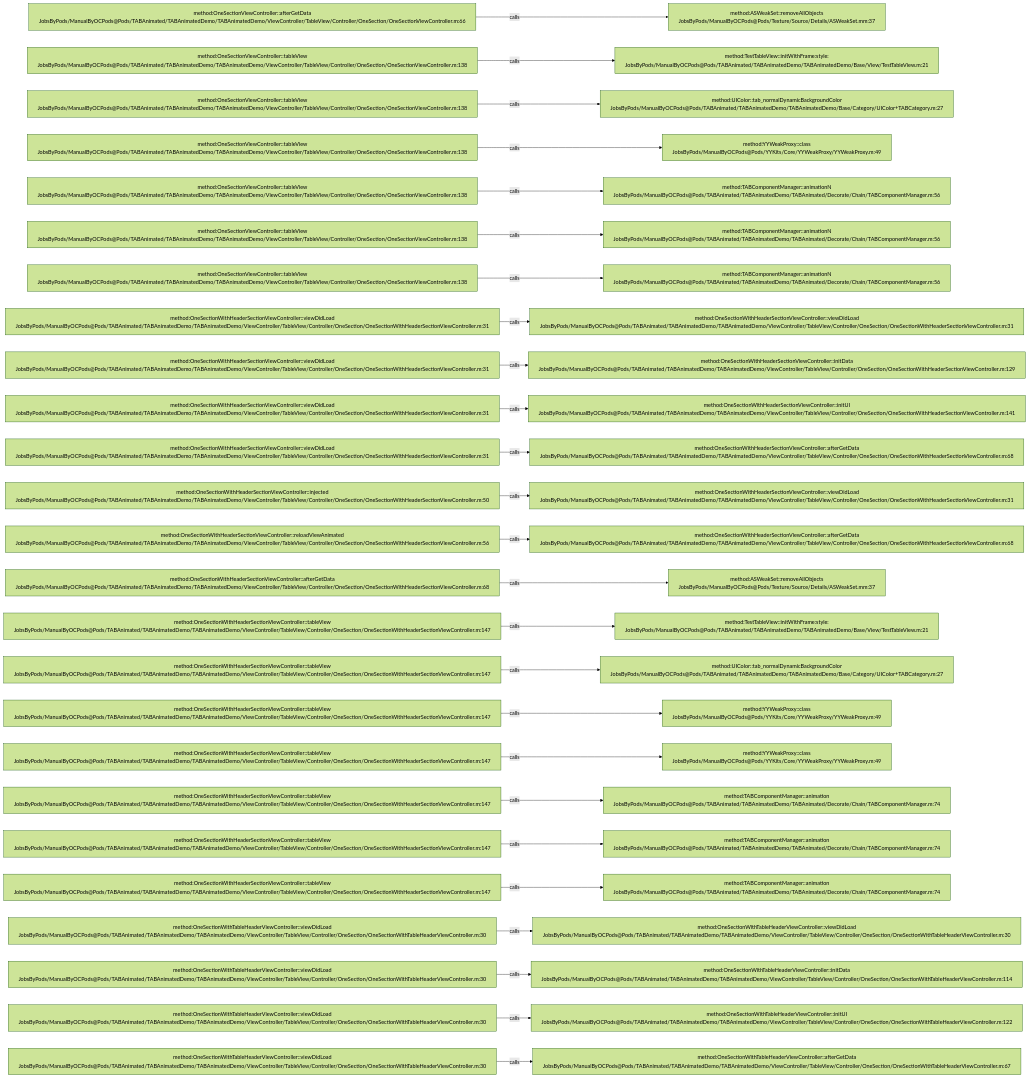
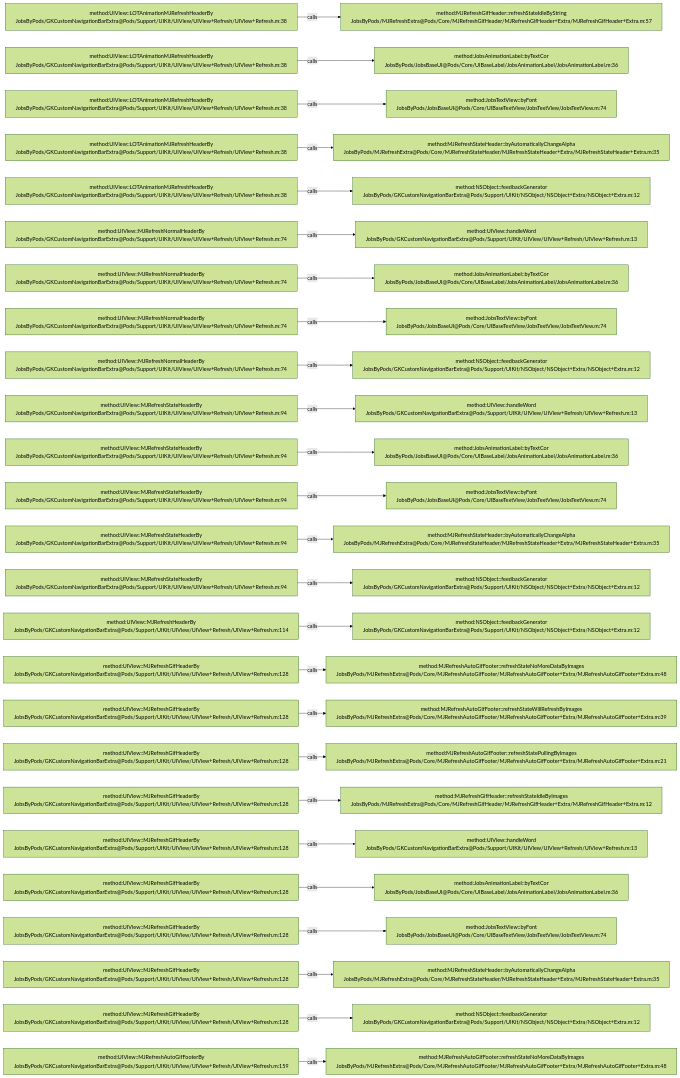
The diagram in .codegraph/codegraph.md/graphs/calls-043.md (JobsKits/JobsOCBaseConfigDemo), drawn with Mermaid (forest theme) before and after one commit. The commit also changed 768 other files, not shown here.

````diff
--- a/.codegraph/codegraph.md/graphs/calls-043.md
+++ b/.codegraph/codegraph.md/graphs/calls-043.md
@@ -13,78 +13,78 @@
 ```mermaid
 flowchart LR
-  S1["method:OneSectionViewController::afterGetData<br/>JobsByPods/ManualByOCPods@Pods/TABAnimated/TABAnimatedDemo/TABAnimatedDemo/ViewController/TableView/Controller/OneSection/OneSectionViewController.m:66"]
-  T1["method:ASWeakSet::removeAllObjects<br/>JobsByPods/ManualByOCPods@Pods/Texture/Source/Details/ASWeakSet.mm:37"]
+  S1["method:UIView::LOTAnimationMJRefreshHeaderBy<br/>JobsByPods/GKCustomNavigationBarExtra@Pods/Support/UIKit/UIView/UIView+Refresh/UIView+Refresh.m:38"]
+  T1["method:MJRefreshGifHeader::refreshStateIdleByString<br/>JobsByPods/MJRefreshExtra@Pods/Core/MJRefreshGifHeader/MJRefreshGifHeader+Extra/MJRefreshGifHeader+Extra.m:57"]
   S1 -->|calls| T1
-  S2["method:OneSectionViewController::tableView<br/>JobsByPods/ManualByOCPods@Pods/TABAnimated/TABAnimatedDemo/TABAnimatedDemo/ViewController/TableView/Controller/OneSection/OneSectionViewController.m:138"]
-  T2["method:TestTableView::initWithFrame:style:<br/>JobsByPods/ManualByOCPods@Pods/TABAnimated/TABAnimatedDemo/TABAnimatedDemo/Base/View/TestTableView.m:21"]
+  S2["method:UIView::LOTAnimationMJRefreshHeaderBy<br/>JobsByPods/GKCustomNavigationBarExtra@Pods/Support/UIKit/UIView/UIView+Refresh/UIView+Refresh.m:38"]
+  T2["method:JobsAnimationLabel::byTextCor<br/>JobsByPods/JobsBaseUI@Pods/Core/UIBaseLabel/JobsAnimationLabel/JobsAnimationLabel.m:36"]
   S2 -->|calls| T2
-  S3["method:OneSectionViewController::tableView<br/>JobsByPods/ManualByOCPods@Pods/TABAnimated/TABAnimatedDemo/TABAnimatedDemo/ViewController/TableView/Controller/OneSection/OneSectionViewController.m:138"]
-  T3["method:UIColor::tab_normalDynamicBackgroundColor<br/>JobsByPods/ManualByOCPods@Pods/TABAnimated/TABAnimatedDemo/TABAnimatedDemo/Base/Category/UIColor+TABCategory.m:27"]
+  S3["method:UIView::LOTAnimationMJRefreshHeaderBy<br/>JobsByPods/GKCustomNavigationBarExtra@Pods/Support/UIKit/UIView/UIView+Refresh/UIView+Refresh.m:38"]
+  T3["method:JobsTextView::byFont<br/>JobsByPods/JobsBaseUI@Pods/Core/UIBaseTextView/JobsTextView/JobsTextView.m:74"]
   S3 -->|calls| T3
-  S4["method:OneSectionViewController::tableView<br/>JobsByPods/ManualByOCPods@Pods/TABAnimated/TABAnimatedDemo/TABAnimatedDemo/ViewController/TableView/Controller/OneSection/OneSectionViewController.m:138"]
-  T4["method:YYWeakProxy::class<br/>JobsByPods/ManualByOCPods@Pods/YYKits/Core/YYWeakProxy/YYWeakProxy.m:49"]
+  S4["method:UIView::LOTAnimationMJRefreshHeaderBy<br/>JobsByPods/GKCustomNavigationBarExtra@Pods/Support/UIKit/UIView/UIView+Refresh/UIView+Refresh.m:38"]
+  T4["method:MJRefreshStateHeader::byAutomaticallyChangeAlpha<br/>JobsByPods/MJRefreshExtra@Pods/Core/MJRefreshStateHeader/MJRefreshStateHeader+Extra/MJRefreshStateHeader+Extra.m:35"]
   S4 -->|calls| T4
-  S5["method:OneSectionViewController::tableView<br/>JobsByPods/ManualByOCPods@Pods/TABAnimated/TABAnimatedDemo/TABAnimatedDemo/ViewController/TableView/Controller/OneSection/OneSectionViewController.m:138"]
-  T5["method:TABComponentManager::animationN<br/>JobsByPods/ManualByOCPods@Pods/TABAnimated/TABAnimatedDemo/TABAnimated/Decorate/Chain/TABComponentManager.m:56"]
+  S5["method:UIView::LOTAnimationMJRefreshHeaderBy<br/>JobsByPods/GKCustomNavigationBarExtra@Pods/Support/UIKit/UIView/UIView+Refresh/UIView+Refresh.m:38"]
+  T5["method:NSObject::feedbackGenerator<br/>JobsByPods/GKCustomNavigationBarExtra@Pods/Support/UIKit/NSObject/NSObject+Extra/NSObject+Extra.m:12"]
   S5 -->|calls| T5
-  S6["method:OneSectionViewController::tableView<br/>JobsByPods/ManualByOCPods@Pods/TABAnimated/TABAnimatedDemo/TABAnimatedDemo/ViewController/TableView/Controller/OneSection/OneSectionViewController.m:138"]
-  T6["method:TABComponentManager::animationN<br/>JobsByPods/ManualByOCPods@Pods/TABAnimated/TABAnimatedDemo/TABAnimated/Decorate/Chain/TABComponentManager.m:56"]
+  S6["method:UIView::MJRefreshNormalHeaderBy<br/>JobsByPods/GKCustomNavigationBarExtra@Pods/Support/UIKit/UIView/UIView+Refresh/UIView+Refresh.m:74"]
+  T6["method:UIView::handleWord<br/>JobsByPods/GKCustomNavigationBarExtra@Pods/Support/UIKit/UIView/UIView+Refresh/UIView+Refresh.m:13"]
   S6 -->|calls| T6
-  S7["method:OneSectionViewController::tableView<br/>JobsByPods/ManualByOCPods@Pods/TABAnimated/TABAnimatedDemo/TABAnimatedDemo/ViewController/TableView/Controller/OneSection/OneSectionViewController.m:138"]
-  T7["method:TABComponentManager::animationN<br/>JobsByPods/ManualByOCPods@Pods/TABAnimated/TABAnimatedDemo/TABAnimated/Decorate/Chain/TABComponentManager.m:56"]
+  S7["method:UIView::MJRefreshNormalHeaderBy<br/>JobsByPods/GKCustomNavigationBarExtra@Pods/Support/UIKit/UIView/UIView+Refresh/UIView+Refresh.m:74"]
+  T7["method:JobsAnimationLabel::byTextCor<br/>JobsByPods/JobsBaseUI@Pods/Core/UIBaseLabel/JobsAnimationLabel/JobsAnimationLabel.m:36"]
   S7 -->|calls| T7
-  S8["method:OneSectionWithHeaderSectionViewController::viewDidLoad<br/>JobsByPods/ManualByOCPods@Pods/TABAnimated/TABAnimatedDemo/TABAnimatedDemo/ViewController/TableView/Controller/OneSection/OneSectionWithHeaderSectionViewController.m:31"]
-  T8["method:OneSectionWithHeaderSectionViewController::viewDidLoad<br/>JobsByPods/ManualByOCPods@Pods/TABAnimated/TABAnimatedDemo/TABAnimatedDemo/ViewController/TableView/Controller/OneSection/OneSectionWithHeaderSectionViewController.m:31"]
+  S8["method:UIView::MJRefreshNormalHeaderBy<br/>JobsByPods/GKCustomNavigationBarExtra@Pods/Support/UIKit/UIView/UIView+Refresh/UIView+Refresh.m:74"]
+  T8["method:JobsTextView::byFont<br/>JobsByPods/JobsBaseUI@Pods/Core/UIBaseTextView/JobsTextView/JobsTextView.m:74"]
   S8 -->|calls| T8
-  S9["method:OneSectionWithHeaderSectionViewController::viewDidLoad<br/>JobsByPods/ManualByOCPods@Pods/TABAnimated/TABAnimatedDemo/TABAnimatedDemo/ViewController/TableView/Controller/OneSection/OneSectionWithHeaderSectionViewController.m:31"]
-  T9["method:OneSectionWithHeaderSectionViewController::initData<br/>JobsByPods/ManualByOCPods@Pods/TABAnimated/TABAnimatedDemo/TABAnimatedDemo/ViewController/TableView/Controller/OneSection/OneSectionWithHeaderSectionViewController.m:129"]
+  S9["method:UIView::MJRefreshNormalHeaderBy<br/>JobsByPods/GKCustomNavigationBarExtra@Pods/Support/UIKit/UIView/UIView+Refresh/UIView+Refresh.m:74"]
+  T9["method:NSObject::feedbackGenerator<br/>JobsByPods/GKCustomNavigationBarExtra@Pods/Support/UIKit/NSObject/NSObject+Extra/NSObject+Extra.m:12"]
   S9 -->|calls| T9
-  S10["method:OneSectionWithHeaderSectionViewController::viewDidLoad<br/>JobsByPods/ManualByOCPods@Pods/TABAnimated/TABAnimatedDemo/TABAnimatedDemo/ViewController/TableView/Controller/OneSection/OneSectionWithHeaderSectionViewController.m:31"]
-  T10["method:OneSectionWithHeaderSectionViewController::initUI<br/>JobsByPods/ManualByOCPods@Pods/TABAnimated/TABAnimatedDemo/TABAnimatedDemo/ViewController/TableView/Controller/OneSection/OneSectionWithHeaderSectionViewController.m:141"]
+  S10["method:UIView::MJRefreshStateHeaderBy<br/>JobsByPods/GKCustomNavigationBarExtra@Pods/Support/UIKit/UIView/UIView+Refresh/UIView+Refresh.m:94"]
+  T10["method:UIView::handleWord<br/>JobsByPods/GKCustomNavigationBarExtra@Pods/Support/UIKit/UIView/UIView+Refresh/UIView+Refresh.m:13"]
   S10 -->|calls| T10
-  S11["method:OneSectionWithHeaderSectionViewController::viewDidLoad<br/>JobsByPods/ManualByOCPods@Pods/TABAnimated/TABAnimatedDemo/TABAnimatedDemo/ViewController/TableView/Controller/OneSection/OneSectionWithHeaderSectionViewController.m:31"]
-  T11["method:OneSectionWithHeaderSectionViewController::afterGetData<br/>JobsByPods/ManualByOCPods@Pods/TABAnimated/TABAnimatedDemo/TABAnimatedDemo/ViewController/TableView/Controller/OneSection/OneSectionWithHeaderSectionViewController.m:68"]
+  S11["method:UIView::MJRefreshStateHeaderBy<br/>JobsByPods/GKCustomNavigationBarExtra@Pods/Support/UIKit/UIView/UIView+Refresh/UIView+Refresh.m:94"]
+  T11["method:JobsAnimationLabel::byTextCor<br/>JobsByPods/JobsBaseUI@Pods/Core/UIBaseLabel/JobsAnimationLabel/JobsAnimationLabel.m:36"]
   S11 -->|calls| T11
-  S12["method:OneSectionWithHeaderSectionViewController::injected<br/>JobsByPods/ManualByOCPods@Pods/TABAnimated/TABAnimatedDemo/TABAnimatedDemo/ViewController/TableView/Controller/OneSection/OneSectionWithHeaderSectionViewController.m:50"]
-  T12["method:OneSectionWithHeaderSectionViewController::viewDidLoad<br/>JobsByPods/ManualByOCPods@Pods/TABAnimated/TABAnimatedDemo/TABAnimatedDemo/ViewController/TableView/Controller/OneSection/OneSectionWithHeaderSectionViewController.m:31"]
+  S12["method:UIView::MJRefreshStateHeaderBy<br/>JobsByPods/GKCustomNavigationBarExtra@Pods/Support/UIKit/UIView/UIView+Refresh/UIView+Refresh.m:94"]
+  T12["method:JobsTextView::byFont<br/>JobsByPods/JobsBaseUI@Pods/Core/UIBaseTextView/JobsTextView/JobsTextView.m:74"]
   S12 -->|calls| T12
-  S13["method:OneSectionWithHeaderSectionViewController::reloadViewAnimated<br/>JobsByPods/ManualByOCPods@Pods/TABAnimated/TABAnimatedDemo/TABAnimatedDemo/ViewController/TableView/Controller/OneSection/OneSectionWithHeaderSectionViewController.m:56"]
-  T13["method:OneSectionWithHeaderSectionViewController::afterGetData<br/>JobsByPods/ManualByOCPods@Pods/TABAnimated/TABAnimatedDemo/TABAnimatedDemo/ViewController/TableView/Controller/OneSection/OneSectionWithHeaderSectionViewController.m:68"]
+  S13["method:UIView::MJRefreshStateHeaderBy<br/>JobsByPods/GKCustomNavigationBarExtra@Pods/Support/UIKit/UIView/UIView+Refresh/UIView+Refresh.m:94"]
+  T13["method:MJRefreshStateHeader::byAutomaticallyChangeAlpha<br/>JobsByPods/MJRefreshExtra@Pods/Core/MJRefreshStateHeader/MJRefreshStateHeader+Extra/MJRefreshStateHeader+Extra.m:35"]
   S13 -->|calls| T13
-  S14["method:OneSectionWithHeaderSectionViewController::afterGetData<br/>JobsByPods/ManualByOCPods@Pods/TABAnimated/TABAnimatedDemo/TABAnimatedDemo/ViewController/TableView/Controller/OneSection/OneSectionWithHeaderSectionViewController.m:68"]
-  T14["method:ASWeakSet::removeAllObjects<br/>JobsByPods/ManualByOCPods@Pods/Texture/Source/Details/ASWeakSet.mm:37"]
+  S14["method:UIView::MJRefreshStateHeaderBy<br/>JobsByPods/GKCustomNavigationBarExtra@Pods/Support/UIKit/UIView/UIView+Refresh/UIView+Refresh.m:94"]
+  T14["method:NSObject::feedbackGenerator<br/>JobsByPods/GKCustomNavigationBarExtra@Pods/Support/UIKit/NSObject/NSObject+Extra/NSObject+Extra.m:12"]
   S14 -->|calls| T14
-  S15["method:OneSectionWithHeaderSectionViewController::tableView<br/>JobsByPods/ManualByOCPods@Pods/TABAnimated/TABAnimatedDemo/TABAnimatedDemo/ViewController/TableView/Controller/OneSection/OneSectionWithHeaderSectionViewController.m:147"]
-  T15["method:TestTableView::initWithFrame:style:<br/>JobsByPods/ManualByOCPods@Pods/TABAnimated/TABAnimatedDemo/TABAnimatedDemo/Base/View/TestTableView.m:21"]
+  S15["method:UIView::MJRefreshHeaderBy<br/>JobsByPods/GKCustomNavigationBarExtra@Pods/Support/UIKit/UIView/UIView+Refresh/UIView+Refresh.m:114"]
+  T15["method:NSObject::feedbackGenerator<br/>JobsByPods/GKCustomNavigationBarExtra@Pods/Support/UIKit/NSObject/NSObject+Extra/NSObject+Extra.m:12"]
   S15 -->|calls| T15
-  S16["method:OneSectionWithHeaderSectionViewController::tableView<br/>JobsByPods/ManualByOCPods@Pods/TABAnimated/TABAnimatedDemo/TABAnimatedDemo/ViewController/TableView/Controller/OneSection/OneSectionWithHeaderSectionViewController.m:147"]
-  T16["method:UIColor::tab_normalDynamicBackgroundColor<br/>JobsByPods/ManualByOCPods@Pods/TABAnimated/TABAnimatedDemo/TABAnimatedDemo/Base/Category/UIColor+TABCategory.m:27"]
+  S16["method:UIView::MJRefreshGifHeaderBy<br/>JobsByPods/GKCustomNavigationBarExtra@Pods/Support/UIKit/UIView/UIView+Refresh/UIView+Refresh.m:128"]
+  T16["method:MJRefreshAutoGifFooter::refreshStateNoMoreDataByImages<br/>JobsByPods/MJRefreshExtra@Pods/Core/MJRefreshAutoGifFooter/MJRefreshAutoGifFooter+Extra/MJRefreshAutoGifFooter+Extra.m:48"]
   S16 -->|calls| T16
-  S17["method:OneSectionWithHeaderSectionViewController::tableView<br/>JobsByPods/ManualByOCPods@Pods/TABAnimated/TABAnimatedDemo/TABAnimatedDemo/ViewController/TableView/Controller/OneSection/OneSectionWithHeaderSectionViewController.m:147"]
-  T17["method:YYWeakProxy::class<br/>JobsByPods/ManualByOCPods@Pods/YYKits/Core/YYWeakProxy/YYWeakProxy.m:49"]
+  S17["method:UIView::MJRefreshGifHeaderBy<br/>JobsByPods/GKCustomNavigationBarExtra@Pods/Support/UIKit/UIView/UIView+Refresh/UIView+Refresh.m:128"]
+  T17["method:MJRefreshAutoGifFooter::refreshStateWillRefreshByImages<br/>JobsByPods/MJRefreshExtra@Pods/Core/MJRefreshAutoGifFooter/MJRefreshAutoGifFooter+Extra/MJRefreshAutoGifFooter+Extra.m:39"]
   S17 -->|calls| T17
-  S18["method:OneSectionWithHeaderSectionViewController::tableView<br/>JobsByPods/ManualByOCPods@Pods/TABAnimated/TABAnimatedDemo/TABAnimatedDemo/ViewController/TableView/Controller/OneSection/OneSectionWithHeaderSectionViewController.m:147"]
-  T18["method:YYWeakProxy::class<br/>JobsByPods/ManualByOCPods@Pods/YYKits/Core/YYWeakProxy/YYWeakProxy.m:49"]
+  S18["method:UIView::MJRefreshGifHeaderBy<br/>JobsByPods/GKCustomNavigationBarExtra@Pods/Support/UIKit/UIView/UIView+Refresh/UIView+Refresh.m:128"]
+  T18["method:MJRefreshAutoGifFooter::refreshStatePullingByImages<br/>JobsByPods/MJRefreshExtra@Pods/Core/MJRefreshAutoGifFooter/MJRefreshAutoGifFooter+Extra/MJRefreshAutoGifFooter+Extra.m:21"]
   S18 -->|calls| T18
-  S19["method:OneSectionWithHeaderSectionViewController::tableView<br/>JobsByPods/ManualByOCPods@Pods/TABAnimated/TABAnimatedDemo/TABAnimatedDemo/ViewController/TableView/Controller/OneSection/OneSectionWithHeaderSectionViewController.m:147"]
-  T19["method:TABComponentManager::animation<br/>JobsByPods/ManualByOCPods@Pods/TABAnimated/TABAnimatedDemo/TABAnimated/Decorate/Chain/TABComponentManager.m:74"]
+  S19["method:UIView::MJRefreshGifHeaderBy<br/>JobsByPods/GKCustomNavigationBarExtra@Pods/Support/UIKit/UIView/UIView+Refresh/UIView+Refresh.m:128"]
+  T19["method:MJRefreshGifHeader::refreshStateIdleByImages<br/>JobsByPods/MJRefreshExtra@Pods/Core/MJRefreshGifHeader/MJRefreshGifHeader+Extra/MJRefreshGifHeader+Extra.m:12"]
   S19 -->|calls| T19
-  S20["method:OneSectionWithHeaderSectionViewController::tableView<br/>JobsByPods/ManualByOCPods@Pods/TABAnimated/TABAnimatedDemo/TABAnimatedDemo/ViewController/TableView/Controller/OneSection/OneSectionWithHeaderSectionViewController.m:147"]
-  T20["method:TABComponentManager::animation<br/>JobsByPods/ManualByOCPods@Pods/TABAnimated/TABAnimatedDemo/TABAnimated/Decorate/Chain/TABComponentManager.m:74"]
+  S20["method:UIView::MJRefreshGifHeaderBy<br/>JobsByPods/GKCustomNavigationBarExtra@Pods/Support/UIKit/UIView/UIView+Refresh/UIView+Refresh.m:128"]
+  T20["method:UIView::handleWord<br/>JobsByPods/GKCustomNavigationBarExtra@Pods/Support/UIKit/UIView/UIView+Refresh/UIView+Refresh.m:13"]
   S20 -->|calls| T20
-  S21["method:OneSectionWithHeaderSectionViewController::tableView<br/>JobsByPods/ManualByOCPods@Pods/TABAnimated/TABAnimatedDemo/TABAnimatedDemo/ViewController/TableView/Controller/OneSection/OneSectionWithHeaderSectionViewController.m:147"]
-  T21["method:TABComponentManager::animation<br/>JobsByPods/ManualByOCPods@Pods/TABAnimated/TABAnimatedDemo/TABAnimated/Decorate/Chain/TABComponentManager.m:74"]
+  S21["method:UIView::MJRefreshGifHeaderBy<br/>JobsByPods/GKCustomNavigationBarExtra@Pods/Support/UIKit/UIView/UIView+Refresh/UIView+Refresh.m:128"]
+  T21["method:JobsAnimationLabel::byTextCor<br/>JobsByPods/JobsBaseUI@Pods/Core/UIBaseLabel/JobsAnimationLabel/JobsAnimationLabel.m:36"]
   S21 -->|calls| T21
-  S22["method:OneSectionWithTableHeaderViewController::viewDidLoad<br/>JobsByPods/ManualByOCPods@Pods/TABAnimated/TABAnimatedDemo/TABAnimatedDemo/ViewController/TableView/Controller/OneSection/OneSectionWithTableHeaderViewController.m:30"]
-  T22["method:OneSectionWithTableHeaderViewController::viewDidLoad<br/>JobsByPods/ManualByOCPods@Pods/TABAnimated/TABAnimatedDemo/TABAnimatedDemo/ViewController/TableView/Controller/OneSection/OneSectionWithTableHeaderViewController.m:30"]
+  S22["method:UIView::MJRefreshGifHeaderBy<br/>JobsByPods/GKCustomNavigationBarExtra@Pods/Support/UIKit/UIView/UIView+Refresh/UIView+Refresh.m:128"]
+  T22["method:JobsTextView::byFont<br/>JobsByPods/JobsBaseUI@Pods/Core/UIBaseTextView/JobsTextView/JobsTextView.m:74"]
   S22 -->|calls| T22
-  S23["method:OneSectionWithTableHeaderViewController::viewDidLoad<br/>JobsByPods/ManualByOCPods@Pods/TABAnimated/TABAnimatedDemo/TABAnimatedDemo/ViewController/TableView/Controller/OneSection/OneSectionWithTableHeaderViewController.m:30"]
-  T23["method:OneSectionWithTableHeaderViewController::initData<br/>JobsByPods/ManualByOCPods@Pods/TABAnimated/TABAnimatedDemo/TABAnimatedDemo/ViewController/TableView/Controller/OneSection/OneSectionWithTableHeaderViewController.m:114"]
+  S23["method:UIView::MJRefreshGifHeaderBy<br/>JobsByPods/GKCustomNavigationBarExtra@Pods/Support/UIKit/UIView/UIView+Refresh/UIView+Refresh.m:128"]
+  T23["method:MJRefreshStateHeader::byAutomaticallyChangeAlpha<br/>JobsByPods/MJRefreshExtra@Pods/Core/MJRefreshStateHeader/MJRefreshStateHeader+Extra/MJRefreshStateHeader+Extra.m:35"]
   S23 -->|calls| T23
-  S24["method:OneSectionWithTableHeaderViewController::viewDidLoad<br/>JobsByPods/ManualByOCPods@Pods/TABAnimated/TABAnimatedDemo/TABAnimatedDemo/ViewController/TableView/Controller/OneSection/OneSectionWithTableHeaderViewController.m:30"]
-  T24["method:OneSectionWithTableHeaderViewController::initUI<br/>JobsByPods/ManualByOCPods@Pods/TABAnimated/TABAnimatedDemo/TABAnimatedDemo/ViewController/TableView/Controller/OneSection/OneSectionWithTableHeaderViewController.m:122"]
+  S24["method:UIView::MJRefreshGifHeaderBy<br/>JobsByPods/GKCustomNavigationBarExtra@Pods/Support/UIKit/UIView/UIView+Refresh/UIView+Refresh.m:128"]
+  T24["method:NSObject::feedbackGenerator<br/>JobsByPods/GKCustomNavigationBarExtra@Pods/Support/UIKit/NSObject/NSObject+Extra/NSObject+Extra.m:12"]
   S24 -->|calls| T24
-  S25["method:OneSectionWithTableHeaderViewController::viewDidLoad<br/>JobsByPods/ManualByOCPods@Pods/TABAnimated/TABAnimatedDemo/TABAnimatedDemo/ViewController/TableView/Controller/OneSection/OneSectionWithTableHeaderViewController.m:30"]
-  T25["method:OneSectionWithTableHeaderViewController::afterGetData<br/>JobsByPods/ManualByOCPods@Pods/TABAnimated/TABAnimatedDemo/TABAnimatedDemo/ViewController/TableView/Controller/OneSection/OneSectionWithTableHeaderViewController.m:67"]
+  S25["method:UIView::MJRefreshAutoGifFooterBy<br/>JobsByPods/GKCustomNavigationBarExtra@Pods/Support/UIKit/UIView/UIView+Refresh/UIView+Refresh.m:159"]
+  T25["method:MJRefreshAutoGifFooter::refreshStateNoMoreDataByImages<br/>JobsByPods/MJRefreshExtra@Pods/Core/MJRefreshAutoGifFooter/MJRefreshAutoGifFooter+Extra/MJRefreshAutoGifFooter+Extra.m:48"]
   S25 -->|calls| T25
 ```
````
